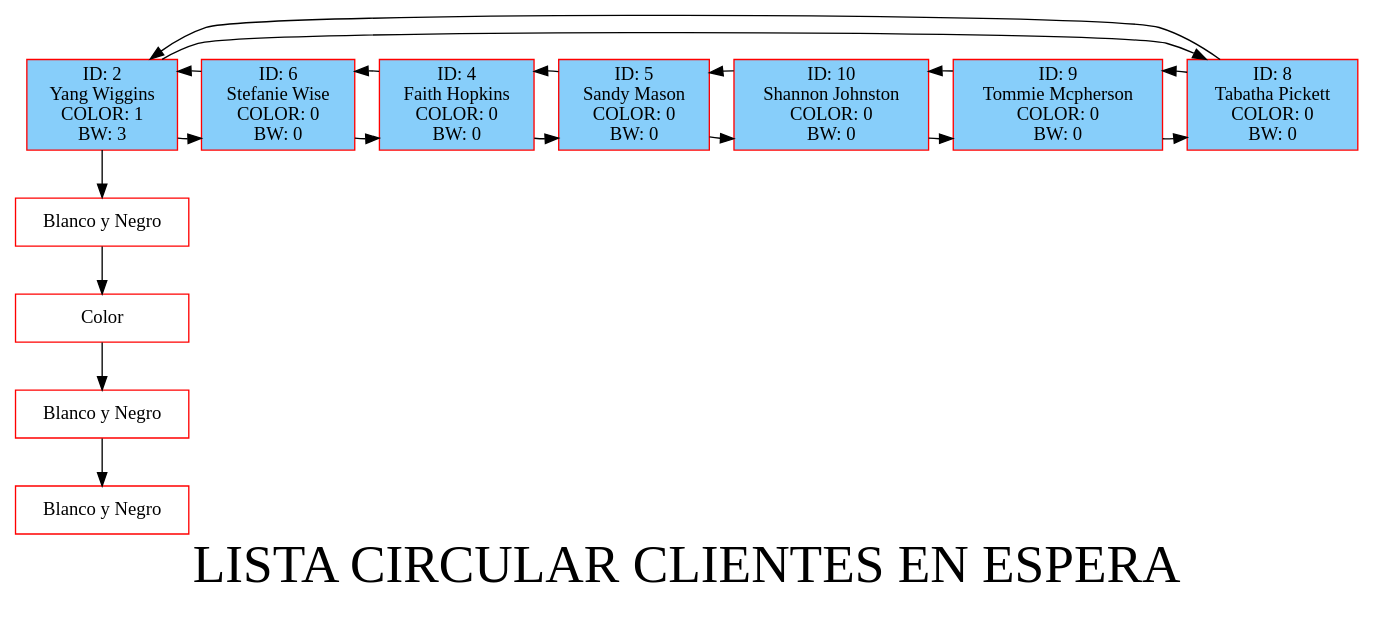
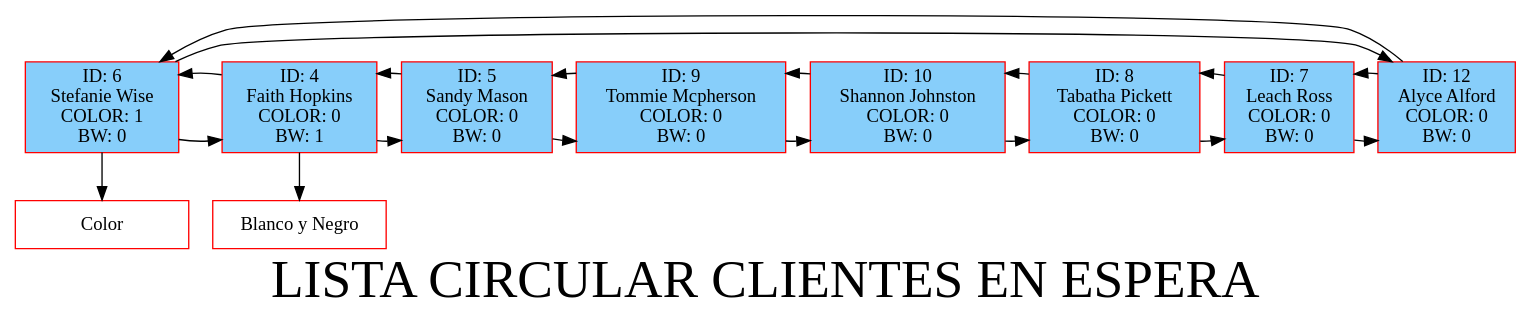
One commit to hugosmhd/EDD_UDRAWING_202002793 changed the diagram in clientesespera.dot. Above: the diagram before and after it, drawn with Graphviz. The commit also changed 17 other files, not shown here.

```diff
--- a/clientesespera.dot
+++ b/clientesespera.dot
@@ -1,35 +1,34 @@
 digraph G { 
 node[shape=box, color=red];
 label="LISTA CIRCULAR CLIENTES EN ESPERA";
 fontsize = 40;
-nodo764977973[label=" ID: 2\nYang Wiggins\n COLOR: 1\n BW: 3" , style = filled, fillcolor = lightskyblue, group = 1]
-nodo668386784[label="Blanco y Negro" ,width = 1.8, group = 1]
-nodo1329552164[label="Color" ,width = 1.8, group = 1]
-nodo363771819[label="Blanco y Negro" ,width = 1.8, group = 1]
-nodo2065951873[label="Blanco y Negro" ,width = 1.8, group = 1]
-nodo381259350[label=" ID: 6\nStefanie Wise\n COLOR: 0\n BW: 0" , style = filled, fillcolor = lightskyblue, group = 2]
-nodo1791741888[label=" ID: 4\nFaith Hopkins\n COLOR: 0\n BW: 0" , style = filled, fillcolor = lightskyblue, group = 3]
-nodo1595428806[label=" ID: 5\nSandy Mason\n COLOR: 0\n BW: 0" , style = filled, fillcolor = lightskyblue, group = 4]
-nodo1072408673[label=" ID: 10\nShannon Johnston\n COLOR: 0\n BW: 0" , style = filled, fillcolor = lightskyblue, group = 5]
-nodo1531448569[label=" ID: 9\nTommie Mcpherson\n COLOR: 0\n BW: 0" , style = filled, fillcolor = lightskyblue, group = 6]
-nodo2129789493[label=" ID: 8\nTabatha Pickett\n COLOR: 0\n BW: 0" , style = filled, fillcolor = lightskyblue, group = 7]
-nodo764977973 -> nodo381259350;
-nodo764977973 -> nodo2129789493;
-nodo764977973 -> nodo668386784;
-nodo668386784 -> nodo1329552164;
-nodo1329552164 -> nodo363771819;
-nodo363771819 -> nodo2065951873;
-nodo381259350 -> nodo1791741888;
-nodo381259350 -> nodo764977973;
-nodo1791741888 -> nodo1595428806;
-nodo1791741888 -> nodo381259350;
-nodo1595428806 -> nodo1072408673;
-nodo1595428806 -> nodo1791741888;
-nodo1072408673 -> nodo1531448569;
-nodo1072408673 -> nodo1595428806;
-nodo1531448569 -> nodo2129789493;
-nodo1531448569 -> nodo1072408673;
-nodo2129789493 -> nodo764977973;
-nodo2129789493 -> nodo1531448569;
-{ rank = same; nodo764977973; nodo381259350; nodo1791741888; nodo1595428806; nodo1072408673; nodo1531448569; nodo2129789493;  }
+nodo51228289[label=" ID: 6\nStefanie Wise\n COLOR: 1\n BW: 0" , style = filled, fillcolor = lightskyblue, group = 1]
+nodo1880587981[label="Color" ,width = 1.8, group = 1]
+nodo455896770[label=" ID: 4\nFaith Hopkins\n COLOR: 0\n BW: 1" , style = filled, fillcolor = lightskyblue, group = 2]
+nodo1721931908[label="Blanco y Negro" ,width = 1.8, group = 2]
+nodo511754216[label=" ID: 5\nSandy Mason\n COLOR: 0\n BW: 0" , style = filled, fillcolor = lightskyblue, group = 3]
+nodo1198108795[label=" ID: 9\nTommie Mcpherson\n COLOR: 0\n BW: 0" , style = filled, fillcolor = lightskyblue, group = 4]
+nodo214126413[label=" ID: 10\nShannon Johnston\n COLOR: 0\n BW: 0" , style = filled, fillcolor = lightskyblue, group = 5]
+nodo396873410[label=" ID: 8\nTabatha Pickett\n COLOR: 0\n BW: 0" , style = filled, fillcolor = lightskyblue, group = 6]
+nodo1706234378[label=" ID: 7\nLeach Ross\n COLOR: 0\n BW: 0" , style = filled, fillcolor = lightskyblue, group = 7]
+nodo1323165413[label=" ID: 12\nAlyce Alford\n COLOR: 0\n BW: 0" , style = filled, fillcolor = lightskyblue, group = 8]
+nodo51228289 -> nodo455896770;
+nodo51228289 -> nodo1323165413;
+nodo51228289 -> nodo1880587981;
+nodo455896770 -> nodo511754216;
+nodo455896770 -> nodo51228289;
+nodo455896770 -> nodo1721931908;
+nodo511754216 -> nodo1198108795;
+nodo511754216 -> nodo455896770;
+nodo1198108795 -> nodo214126413;
+nodo1198108795 -> nodo511754216;
+nodo214126413 -> nodo396873410;
+nodo214126413 -> nodo1198108795;
+nodo396873410 -> nodo1706234378;
+nodo396873410 -> nodo214126413;
+nodo1706234378 -> nodo1323165413;
+nodo1706234378 -> nodo396873410;
+nodo1323165413 -> nodo51228289;
+nodo1323165413 -> nodo1706234378;
+{ rank = same; nodo51228289; nodo455896770; nodo511754216; nodo1198108795; nodo214126413; nodo396873410; nodo1706234378; nodo1323165413;  }
 } 
```
